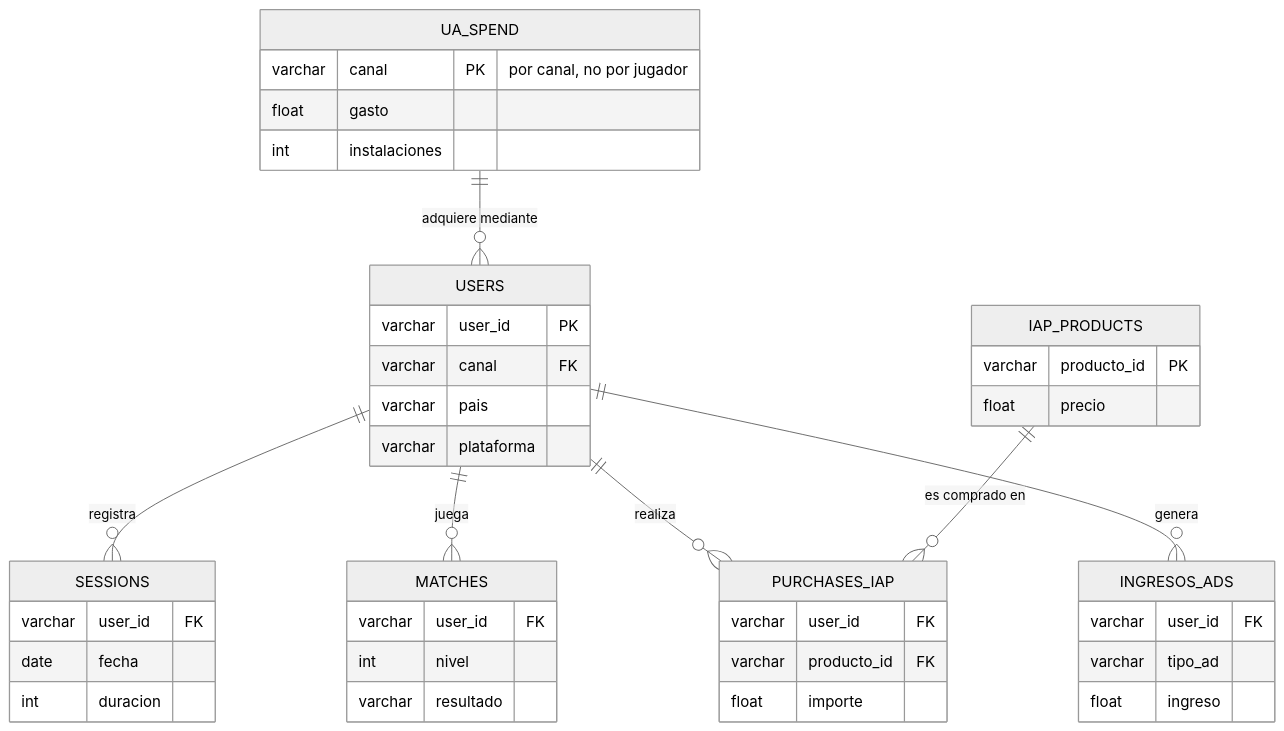
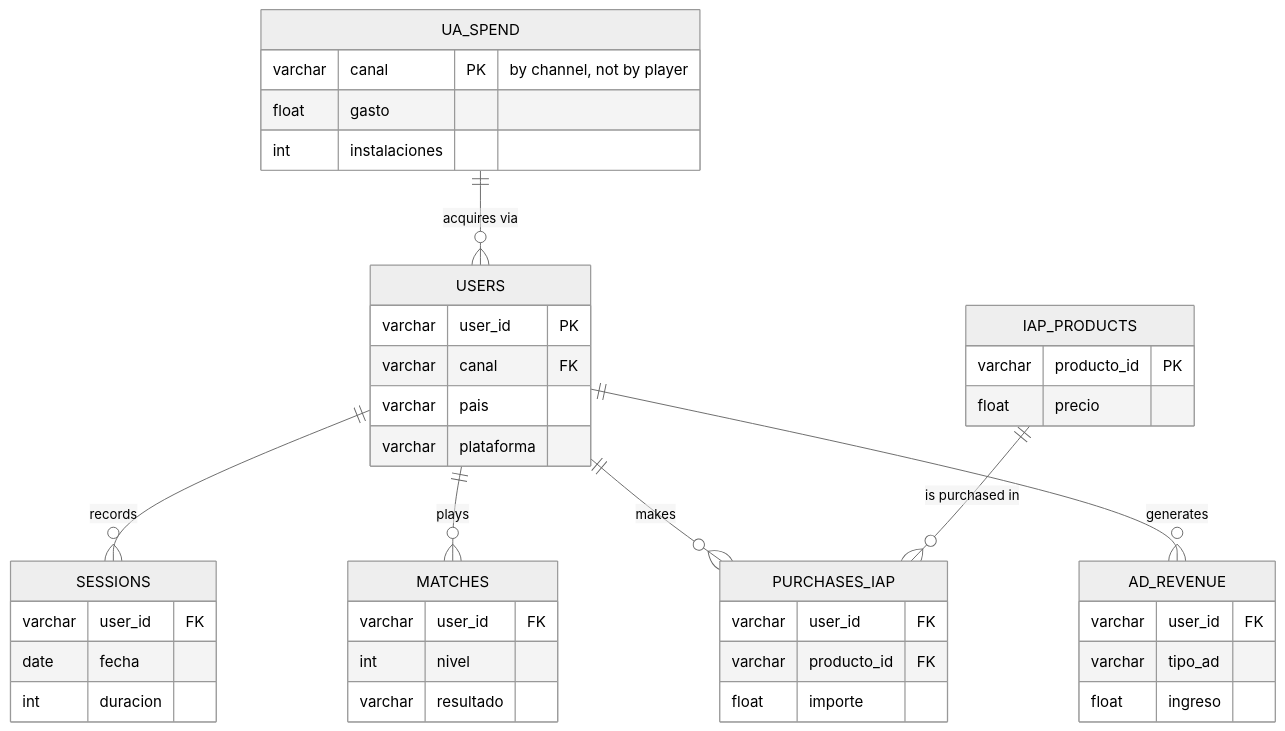
The diagram in README.md (jimmyramirezg6-blip/PlayLoop_project), drawn with Mermaid (neutral theme) before and after one commit. The commit also changed other lines of this file and 3 other files, not shown here.

````diff
--- a/README.md
+++ b/README.md
@@ -31,53 +53,53 @@
 ```mermaid
 erDiagram
-    %% Relaciones (Entity-Relationship)
-    USERS ||--o{ SESSIONS : "registra"
-    USERS ||--o{ MATCHES : "juega"
-    USERS ||--o{ PURCHASES_IAP : "realiza"
-    USERS ||--o{ INGRESOS_ADS : "genera"
-    UA_SPEND ||--o{ USERS : "adquiere mediante"
-    IAP_PRODUCTS ||--o{ PURCHASES_IAP : "es comprado en"
+    %% Relationships (Entity-Relationship)
+    USERS ||--o{ SESSIONS : "records"
+    USERS ||--o{ MATCHES : "plays"
+    USERS ||--o{ PURCHASES_IAP : "makes"
+    USERS ||--o{ AD_REVENUE : "generates"
+    UA_SPEND ||--o{ USERS : "acquires via"
+    IAP_PRODUCTS ||--o{ PURCHASES_IAP : "is purchased in"
 
-    %% Definición de Tablas y Columnas
+    %% Table definitions and columns
     USERS {
         varchar user_id PK
         varchar canal FK
         varchar pais
         varchar plataforma
     }
 
     SESSIONS {
         varchar user_id FK
         date fecha
         int duracion
     }
 
     MATCHES {
         varchar user_id FK
         int nivel
         varchar resultado
     }
 
     PURCHASES_IAP {
         varchar user_id FK
         varchar producto_id FK
         float importe
     }
 
-    INGRESOS_ADS {
+    AD_REVENUE {
         varchar user_id FK
         varchar tipo_ad
         float ingreso
     }
 
     IAP_PRODUCTS {
         varchar producto_id PK
         float precio
     }
 
     UA_SPEND {
-        varchar canal PK "por canal, no por jugador"
+        varchar canal PK "by channel, not by player"
         float gasto
         int instalaciones
     }
 ```
````
